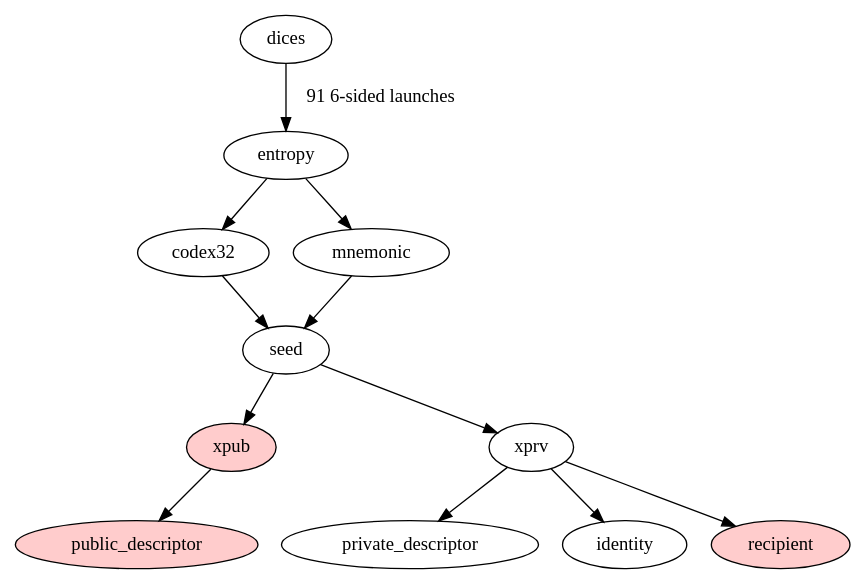
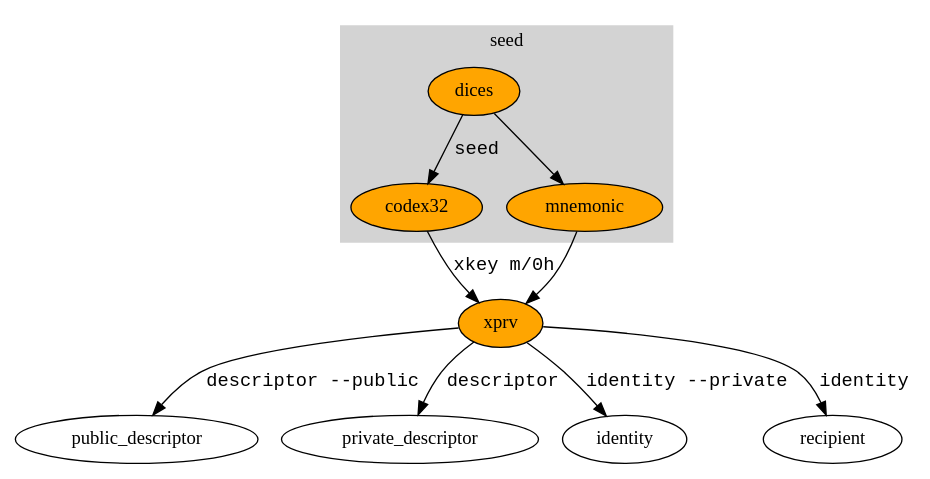
One commit to bitcoin-dinasty/dinasty changed the diagram in graphviz.dot. Above: the diagram before and after it, drawn with Graphviz. The commit also changed other lines of this file and 15 other files, not shown here.

```diff
--- a/graphviz.dot
+++ b/graphviz.dot
@@ -1,19 +1,23 @@
 digraph G {
     
-    dices -> entropy[label="91 6-sided launches"]
-    entropy -> codex32
-    entropy -> mnemonic
-    codex32 -> seed
-    mnemonic -> seed
-    seed -> xpub
-    xpub -> public_descriptor
-    seed -> xprv
-    xprv -> private_descriptor
-    xprv -> identity
-    xprv -> recipient
+    subgraph cluster_0 {
+        style=filled;
+        color=lightgrey;
+        label="seed";
+            dices -> codex32 [label=" seed" fontname="Courier"]
+            dices -> mnemonic
+
+    }
+    codex32 -> xprv [label="xkey m/0h" fontname="Courier"]
+    mnemonic -> xprv
+    xprv -> public_descriptor [label=" descriptor --public" fontname="Courier"]
+    xprv -> private_descriptor [label=" descriptor" fontname="Courier"]
+    xprv -> identity [label=" identity --private" fontname="Courier"]
+    xprv -> recipient [label=" identity" fontname="Courier"]
     
-    public_descriptor [style=filled, fillcolor="#ffcccc"] ;
-    xpub [style=filled, fillcolor="#ffcccc"] ;
-    recipient [style=filled, fillcolor="#ffcccc"] ;
-
+    dices [style=filled, fillcolor="orange"] ;
+    codex32 [style=filled, fillcolor="orange"] ;
+    mnemonic [style=filled, fillcolor="orange"] ;
+    xprv [style=filled, fillcolor="orange"] ;
+    
 }
```
